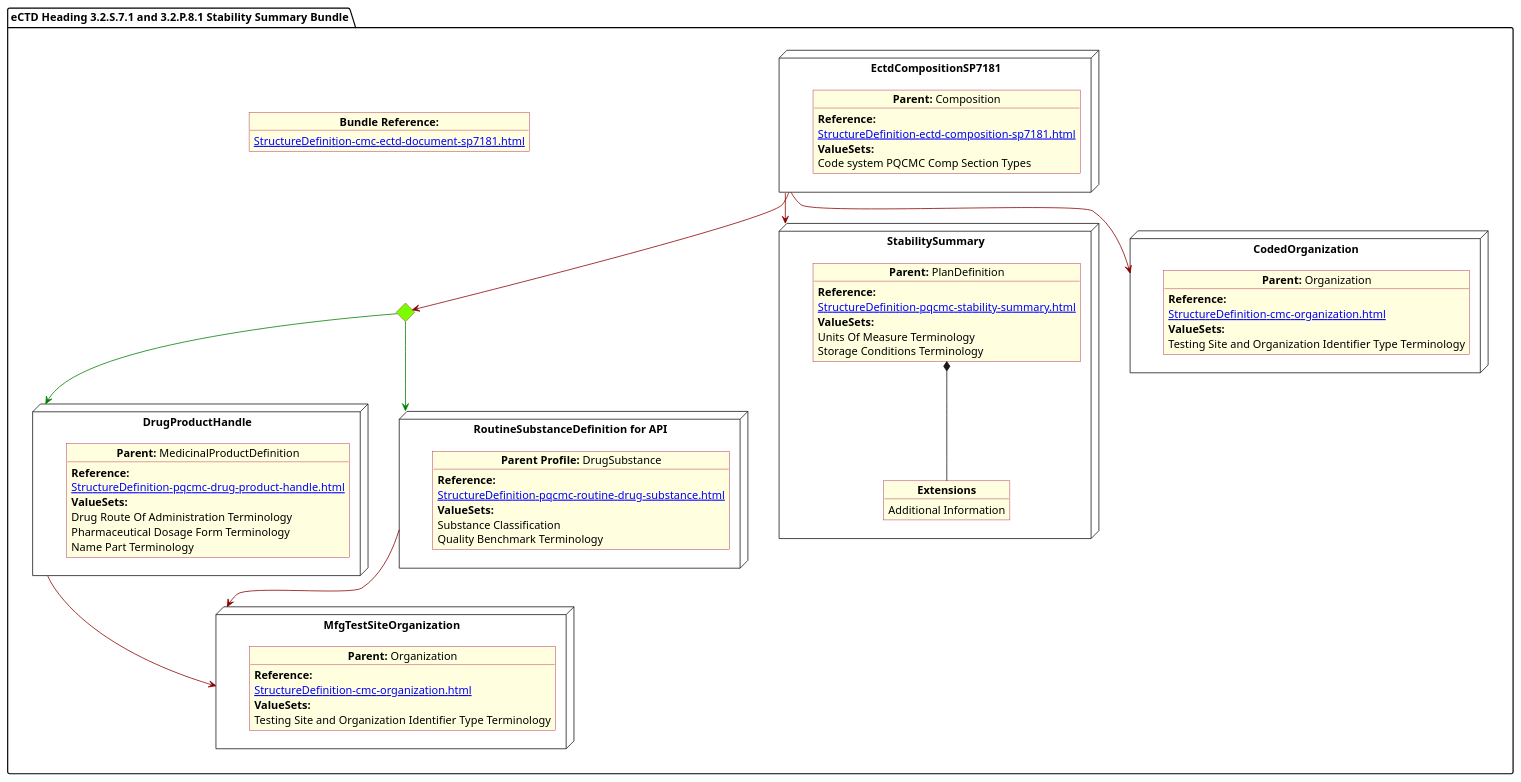
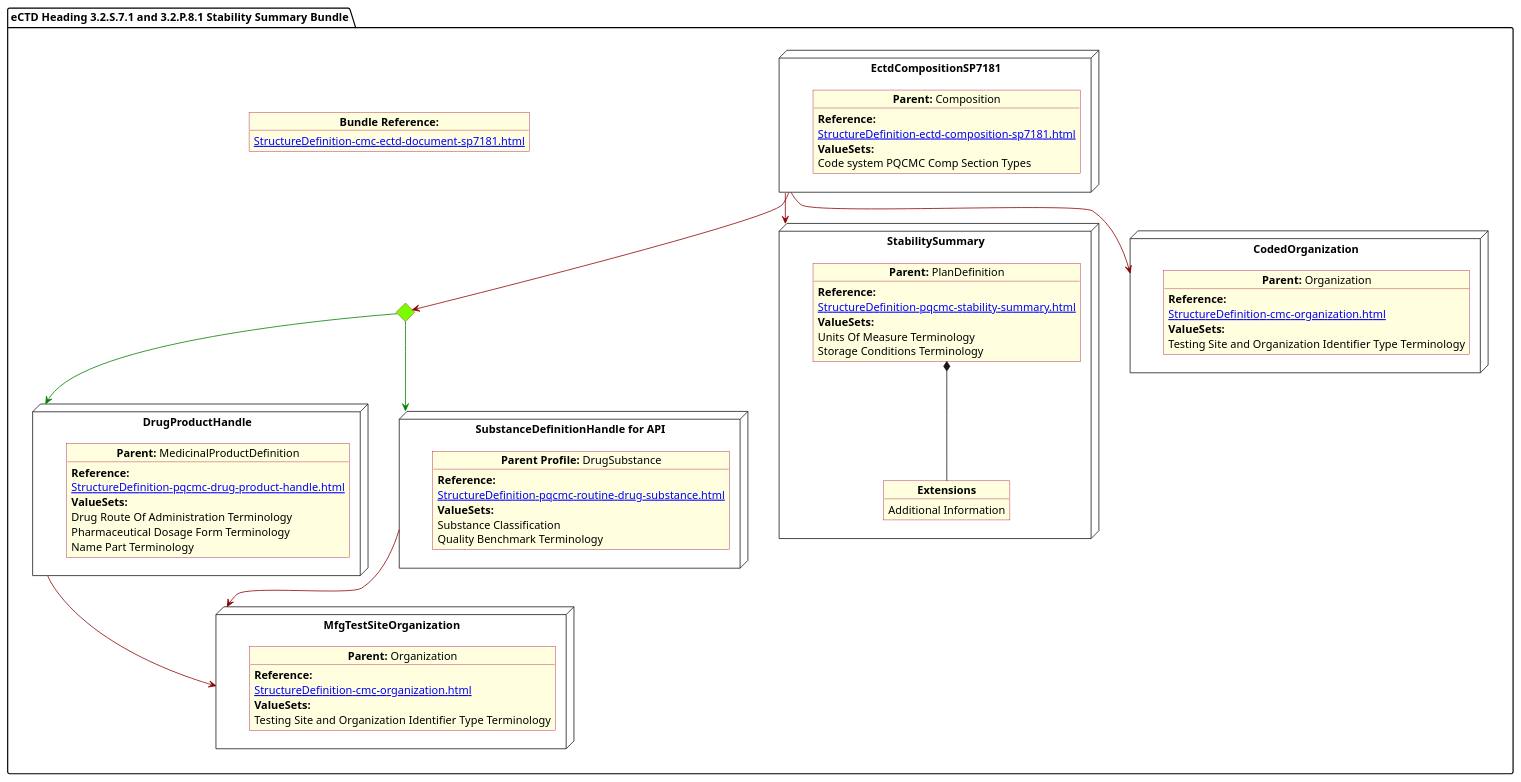
Before and after one commit to HL7/FHIR-us-pq-cmc-fda: the diagram in input/images-source/StabilitySummary.plantuml, drawn with PlantUML. The commit also changed 21 other files, not shown here.

```diff
--- a/input/images-source/StabilitySummary.plantuml
+++ b/input/images-source/StabilitySummary.plantuml
@@ -1,96 +1,96 @@
 @startuml StabilitySummary
 allowmixing
 'Mixed model of use case and object
 skinparam svgDimensionStyle false
 skinparam ObjectBackgroundColor LightYellow
 skinparam ObjectBorderColor #A80036
 skinparam activityDiamondBorderColor #A80036
 skinparam activityDiamondBackgroundColor lawnGreen
 skinparam ClassBorderThickness 4
 
 package "eCTD Heading 3.2.S.7.1 and 3.2.P.8.1 Stability Summary Bundle" as NODES {
       object "**Bundle Reference:**" as objbun {
             [[StructureDefinition-cmc-ectd-document-sp7181.html]]
       }
 
       node "DrugProductHandle" as NN {
 
             object "**Parent:** MedicinalProductDefinition" as obj3 {
                   **Reference:**
                   [[StructureDefinition-pqcmc-drug-product-handle.html]]
                   **ValueSets:**
                   Drug Route Of Administration Terminology
                   Pharmaceutical Dosage Form Terminology
                   Name Part Terminology
             }
       }
       diamond CH
 
-      node "RoutineSubstanceDefinition for API" as NNS {
+      node "SubstanceDefinitionHandle for API" as NNS {
 
             object "**Parent Profile:** DrugSubstance" as obj4 {
                   **Reference:**
                   [[StructureDefinition-pqcmc-routine-drug-substance.html]]
                   **ValueSets:**
                   Substance Classification
                   Quality Benchmark Terminology
             }
       }
 
       node "MfgTestSiteOrganization" as NMFG {
 
             object "**Parent:** Organization" as objDP {
                   **Reference:**
                   [[StructureDefinition-cmc-organization.html]]
                   **ValueSets:**
                   Testing Site and Organization Identifier Type Terminology
             }
       }
 
       node "StabilitySummary" as NMain {
 
             object "**Parent:** PlanDefinition" as objMain {
                   **Reference:**
                   [[StructureDefinition-pqcmc-stability-summary.html]]
                   **ValueSets:**
                   Units Of Measure Terminology
                   Storage Conditions Terminology
             }
 
             object "**Extensions**" as objExs2 {
                   Additional Information
             }
 
             objMain *-- objExs2
       }
 
       node "EctdCompositionSP7181" as N1 {
 
             object "**Parent:** Composition" as obj1 {
                   **Reference:**
                   [[StructureDefinition-ectd-composition-sp7181.html]]
                   **ValueSets:**
                   Code system PQCMC Comp Section Types
             }
       }
       node "CodedOrganization" as NSO {
 
             object "**Parent:** Organization" as objAu {
                   **Reference:**
                   [[StructureDefinition-cmc-organization.html]]
                   **ValueSets:**
                   Testing Site and Organization Identifier Type Terminology
             }
       }
 
       CH -[#green]-> NN
       CH -[#green]-> NNS
       N1 -[#darkred]-> CH
       N1 -[#darkred]-> NSO
       NN -[#darkred]-> NMFG
       NNS -[#darkred]-> NMFG
       N1 -[#darkred]-> NMain
 
 
 }
 @enduml
```
